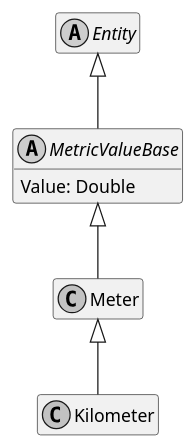
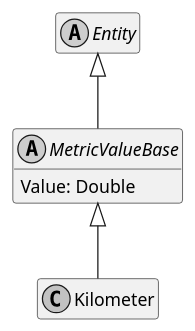
One commit to ObiWanLansi/DoofesZeug changed the diagram in Documentation/Generated/Entities/DoofesZeug.Entities.Science.Base.Length/Kilometer.puml. Above: the diagram before and after it, drawn with PlantUML. The commit also changed 81 other files, not shown here.

```diff
--- a/Documentation/Generated/Entities/DoofesZeug.Entities.Science.Base.Length/Kilometer.puml
+++ b/Documentation/Generated/Entities/DoofesZeug.Entities.Science.Base.Length/Kilometer.puml
@@ -1,24 +1,19 @@
 @startuml
 skinparam monochrome true
 hide empty members
 
 abstract class Entity {
 }
 
 Entity <|-- MetricValueBase
 
 abstract class MetricValueBase {
     Value: Double
 }
 
-MetricValueBase <|-- Meter
-
-class Meter {
-}
-
-Meter <|-- Kilometer
+MetricValueBase <|-- Kilometer
 
 class Kilometer {
 }
 
 @enduml
```
